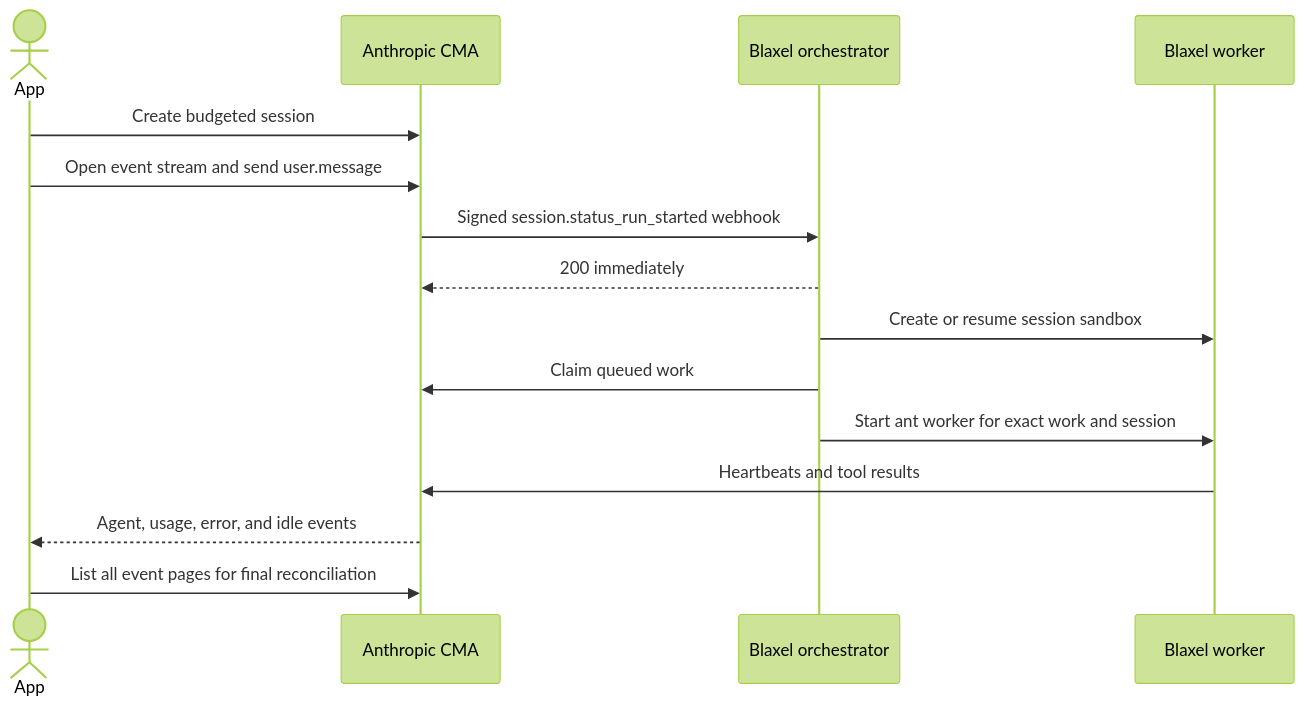
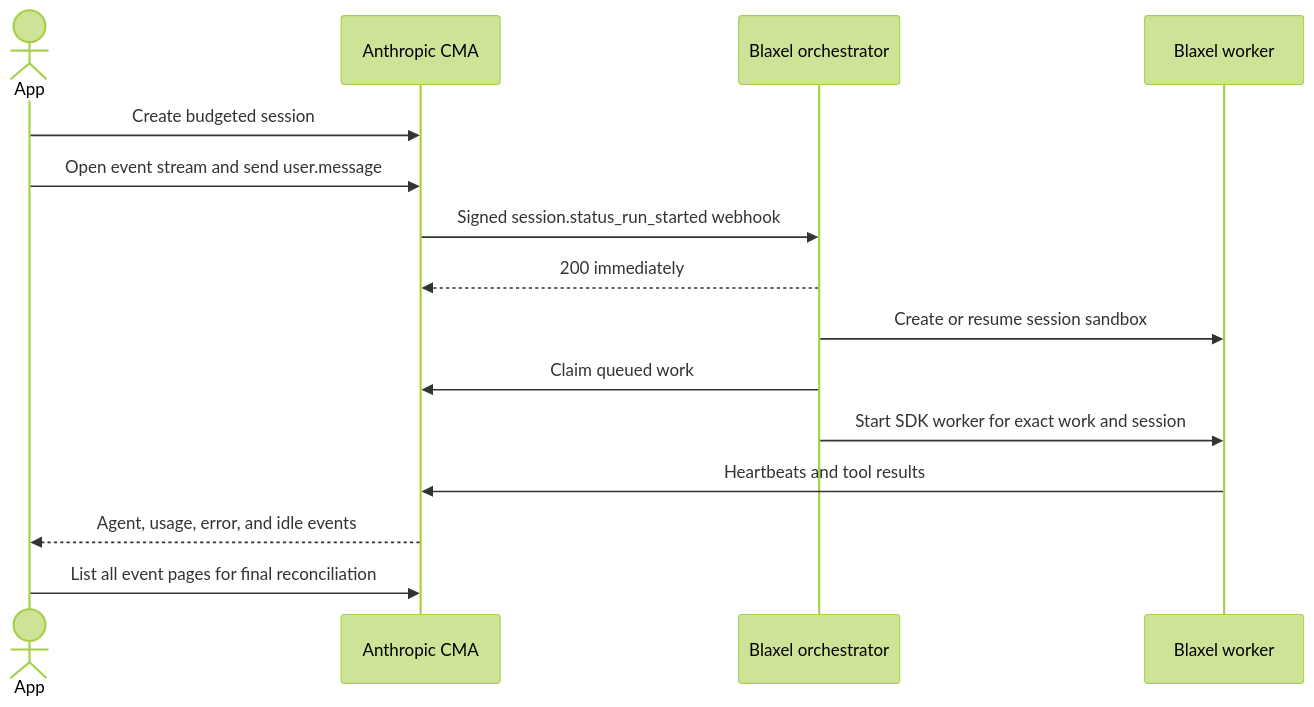
Before and after one commit to blaxel-ai/cma-blaxel-sandbox: the diagram in GUIDE.md, drawn with Mermaid (forest theme). The commit also changed other lines of this file and 44 other files, not shown here.

First line of the commit message:
Add SDK worker and AG-UI managed sessions (#35)

````diff
--- a/GUIDE.md
+++ b/GUIDE.md
@@ -18,18 +18,18 @@
 ```mermaid
 sequenceDiagram
     actor App
     participant CMA as Anthropic CMA
     participant O as Blaxel orchestrator
     participant W as Blaxel worker
 
     App->>CMA: Create budgeted session
     App->>CMA: Open event stream and send user.message
     CMA->>O: Signed session.status_run_started webhook
     O-->>CMA: 200 immediately
     O->>W: Create or resume session sandbox
     O->>CMA: Claim queued work
-    O->>W: Start ant worker for exact work and session
+    O->>W: Start SDK worker for exact work and session
     W->>CMA: Heartbeats and tool results
     CMA-->>App: Agent, usage, error, and idle events
     App->>CMA: List all event pages for final reconciliation
 ```
````
